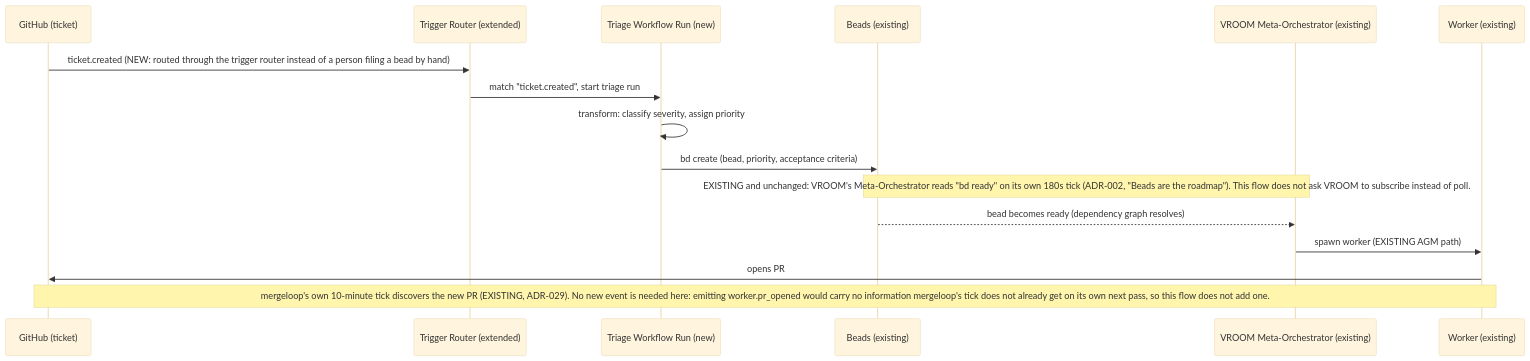
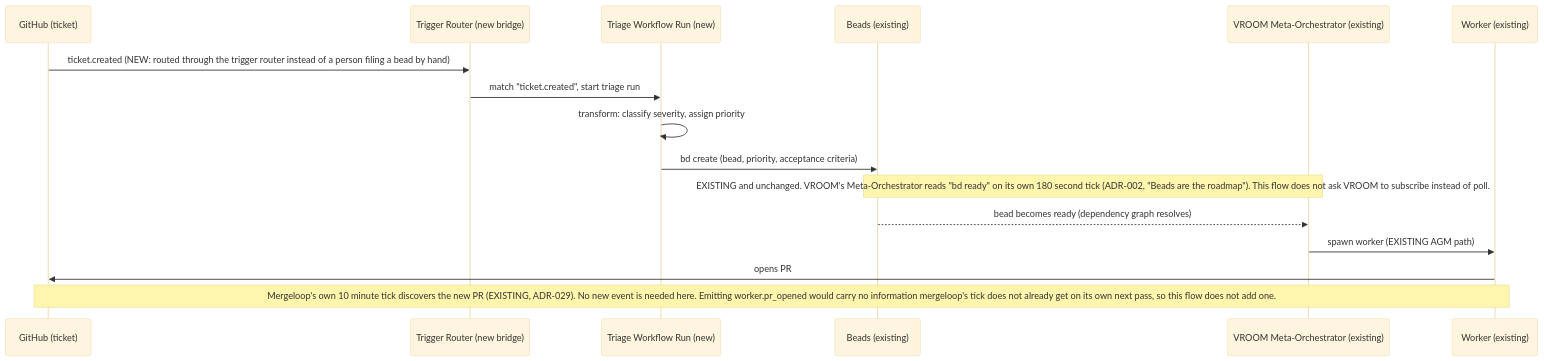
One commit to vbonnet/dear-agent changed the third of 4 diagrams in docs/architecture/feedback-loop-diagrams.md. Above: the diagram before and after it, drawn with Mermaid (base theme). The commit also changed other lines of this file and 3 other files, not shown here.

````diff
--- a/docs/architecture/feedback-loop-diagrams.md
+++ b/docs/architecture/feedback-loop-diagrams.md
@@ -108,19 +129,19 @@
 ```mermaid
 sequenceDiagram
     participant GH as GitHub (ticket)
-    participant RT as Trigger Router (extended)
+    participant RT as Trigger Router (new bridge)
     participant TRI as Triage Workflow Run (new)
     participant BD as Beads (existing)
     participant VR as VROOM Meta-Orchestrator (existing)
     participant WK as Worker (existing)
 
     GH->>RT: ticket.created (NEW: routed through the trigger router instead of a person filing a bead by hand)
     RT->>TRI: match "ticket.created", start triage run
     TRI->>TRI: transform: classify severity, assign priority
     TRI->>BD: bd create (bead, priority, acceptance criteria)
-    Note over BD,VR: EXISTING and unchanged: VROOM's Meta-Orchestrator reads "bd ready" on its own 180s tick (ADR-002, "Beads are the roadmap"). This flow does not ask VROOM to subscribe instead of poll.
+    Note over BD,VR: EXISTING and unchanged. VROOM's Meta-Orchestrator reads "bd ready" on its own 180 second tick (ADR-002, "Beads are the roadmap"). This flow does not ask VROOM to subscribe instead of poll.
     BD-->>VR: bead becomes ready (dependency graph resolves)
     VR->>WK: spawn worker (EXISTING AGM path)
     WK->>GH: opens PR
-    Note over WK,GH: mergeloop's own 10-minute tick discovers the new PR (EXISTING, ADR-029). No new event is needed here: emitting worker.pr_opened would carry no information mergeloop's tick does not already get on its own next pass, so this flow does not add one.
+    Note over WK,GH: Mergeloop's own 10 minute tick discovers the new PR (EXISTING, ADR-029). No new event is needed here. Emitting worker.pr_opened would carry no information mergeloop's tick does not already get on its own next pass, so this flow does not add one.
 ```
````
